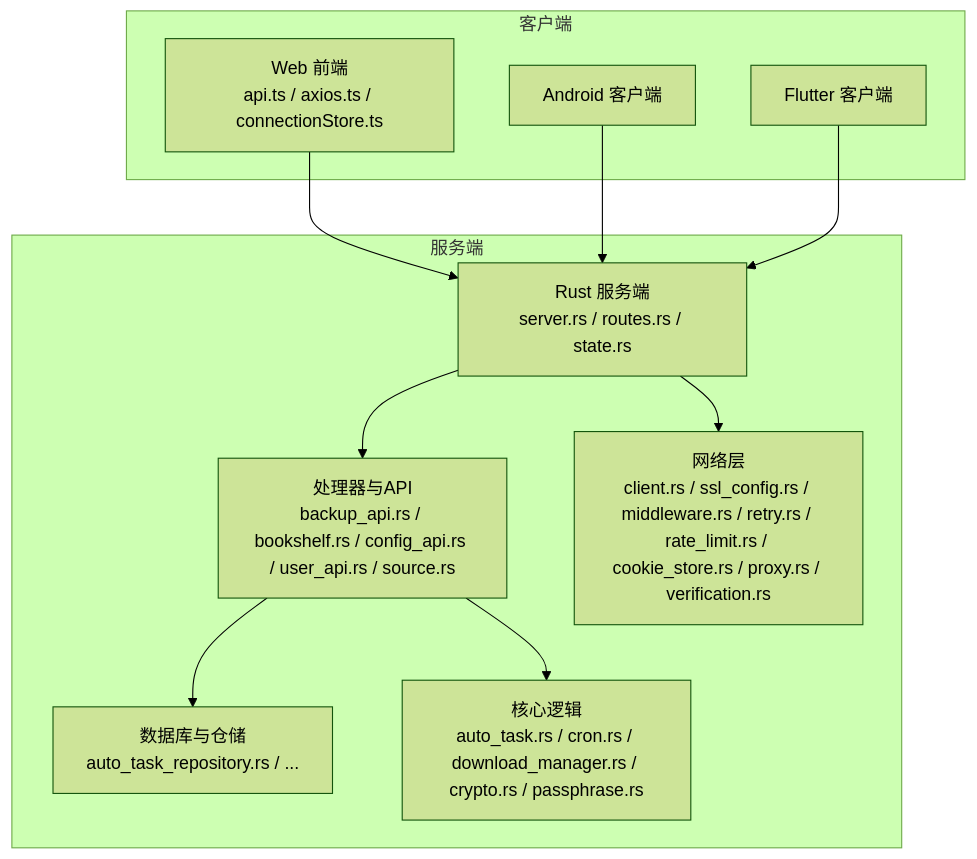
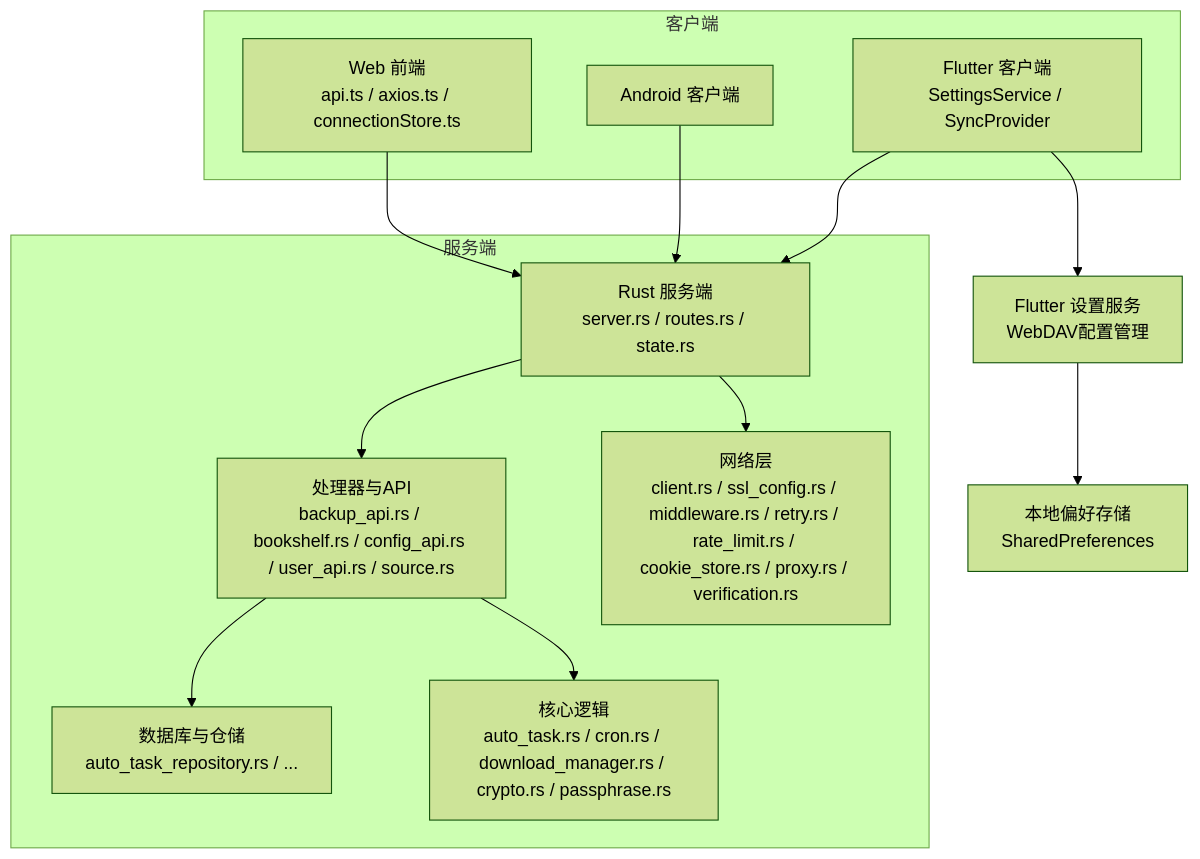
Before and after one commit to ZhangGHGitHub/LegadoTeamFlutter: the first of 11 diagrams in .qoder/repowiki/zh/content/同步服务/同步服务.md, drawn with Mermaid (forest theme). The commit also changed other lines of this file and 173 other files, not shown here.

````diff
--- a/.qoder/repowiki/zh/content/同步服务/同步服务.md
+++ b/.qoder/repowiki/zh/content/同步服务/同步服务.md
@@ -75,22 +81,24 @@
 ```mermaid
 graph TB
 subgraph "客户端"
 WEB["Web 前端<br/>api.ts / axios.ts / connectionStore.ts"]
 ANDROID["Android 客户端"]
-FLUTTER["Flutter 客户端"]
+FLUTTER["Flutter 客户端<br/>SettingsService / SyncProvider"]
 end
 subgraph "服务端"
 SERVER["Rust 服务端<br/>server.rs / routes.rs / state.rs"]
 HANDLERS["处理器与API<br/>backup_api.rs / bookshelf.rs / config_api.rs / user_api.rs / source.rs"]
 DB["数据库与仓储<br/>auto_task_repository.rs / ..."]
 CORE["核心逻辑<br/>auto_task.rs / cron.rs / download_manager.rs / crypto.rs / passphrase.rs"]
 NET["网络层<br/>client.rs / ssl_config.rs / middleware.rs / retry.rs / rate_limit.rs / cookie_store.rs / proxy.rs / verification.rs"]
 end
 WEB --> SERVER
 ANDROID --> SERVER
 FLUTTER --> SERVER
 SERVER --> HANDLERS
 HANDLERS --> DB
 HANDLERS --> CORE
 SERVER --> NET
+FLUTTER --> SETTINGS["Flutter 设置服务<br/>WebDAV配置管理"]
+SETTINGS --> PREFERENCES["本地偏好存储<br/>SharedPreferences"]
 ```
````
